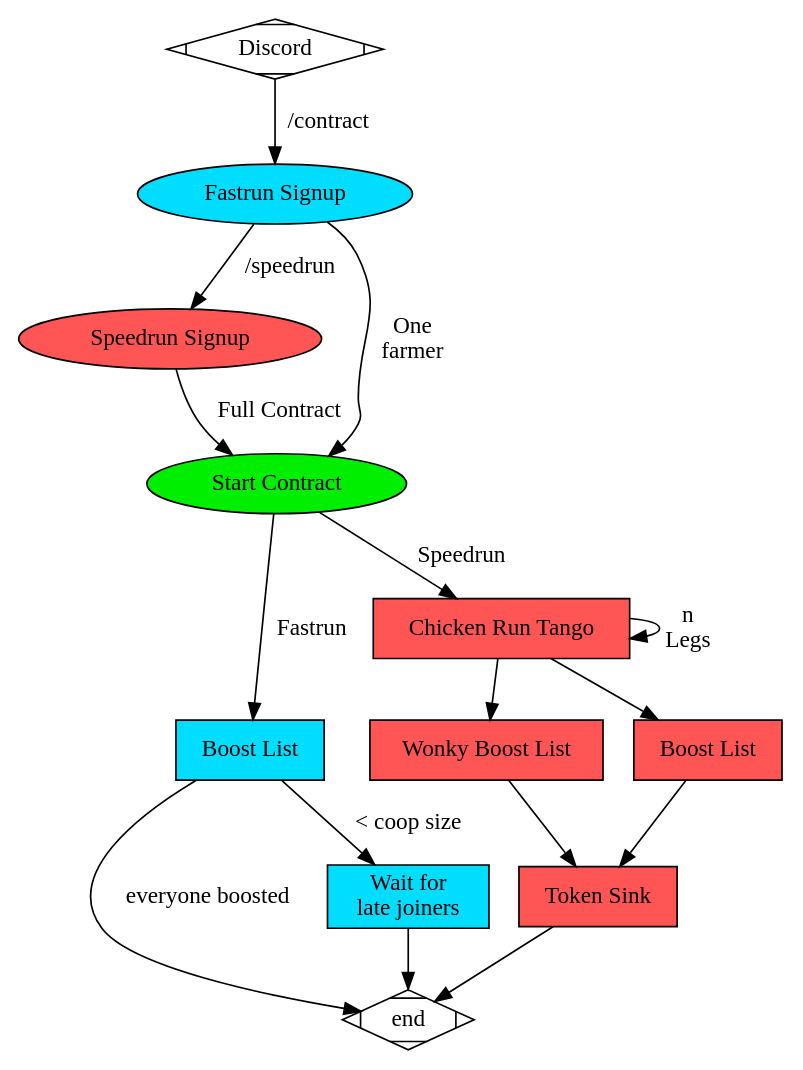
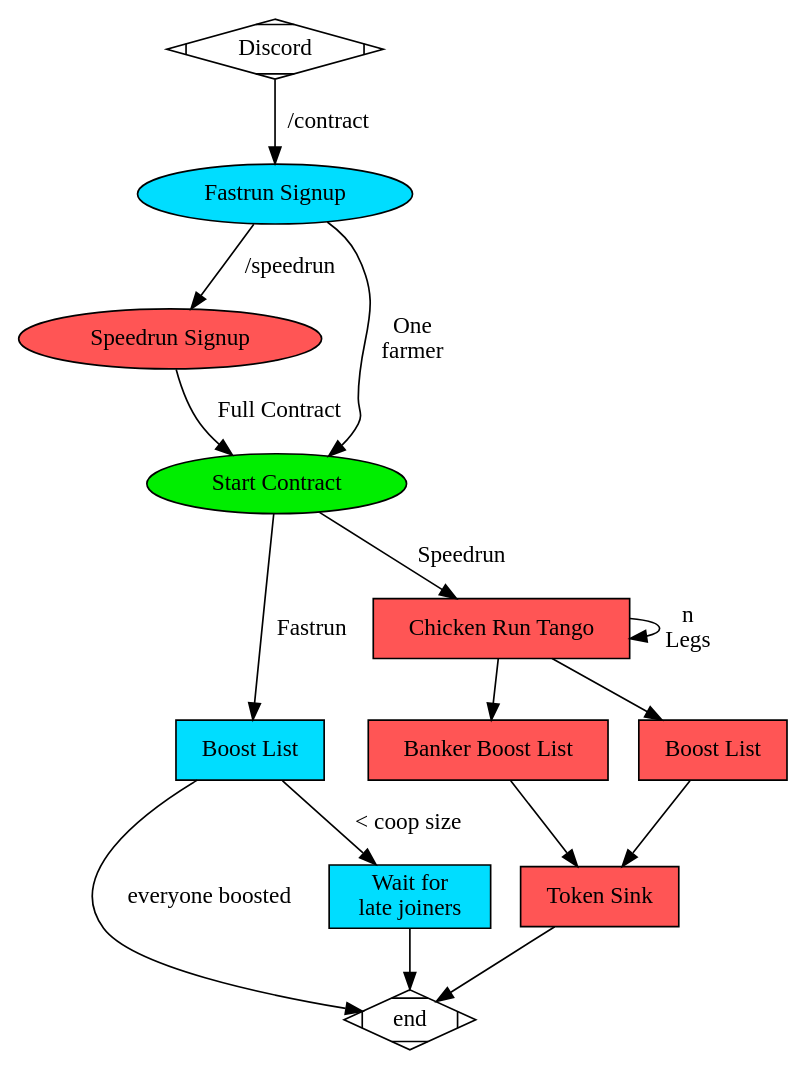
Before and after one commit to mkmccarty/TokenTimeBoostBot: the diagram in doc/boostbot.dot, drawn with Graphviz. The commit also changed 7 other files, not shown here.

Commit message:
refactor: Update term "Wonky" to "Banker"

```diff
--- a/doc/boostbot.dot
+++ b/doc/boostbot.dot
@@ -1,37 +1,37 @@
 strict digraph {
     center = true
     discord [shape="Mdiamond" label="Discord"]
     end [shape="Mdiamond"]
 
     signup [shape="ellipse" style="filled" fillcolor="#00DDFF" label="Fastrun Signup"]
     sr_signup [shape="ellipse" style="filled" fillcolor="#FF5555" label="Speedrun Signup"]
 
     boostlist [shape="polygon" style="filled" fillcolor="#00DDFF" label="Boost List"]  
-    sr_wonky [shape="polygon" style="filled" fillcolor="#FF5555" label="Wonky Boost List"]
+    sr_wonky [shape="polygon" style="filled" fillcolor="#FF5555" label="Banker Boost List"]
     sr_boostlist [shape="polygon" style="filled" fillcolor="#FF5555" label="Boost List"]  
 
     sink [shape="polygon" style="filled" fillcolor="#FF5555" label="Token Sink"]  
 
     crt [shape="polygon" style="filled" fillcolor="#FF5555" label="Chicken Run Tango"]
     wait [shape="polygon" style="filled" fillcolor="#00DDFF" label="Wait for\nlate joiners"]
     greenbutton [style="filled" fillcolor="#00EE00" label="Start Contract"]
 
     discord -> signup [label="/contract"]
     signup -> greenbutton [label = "One\nfarmer"]
 
     signup -> sr_signup [label = "/speedrun"]
     sr_signup -> greenbutton [label="Full Contract"]
     
     greenbutton -> boostlist [label="Fastrun"]
     greenbutton -> crt [label="Speedrun"]
     
     crt -> crt [label="n\nLegs" ]
     crt->{sr_boostlist sr_wonky}
     
     {sr_boostlist sr_wonky} -> sink
     sink -> end
 
     boostlist -> wait [label="< coop size"]
     boostlist -> end [label="everyone boosted"]
     wait -> end
 }
```
